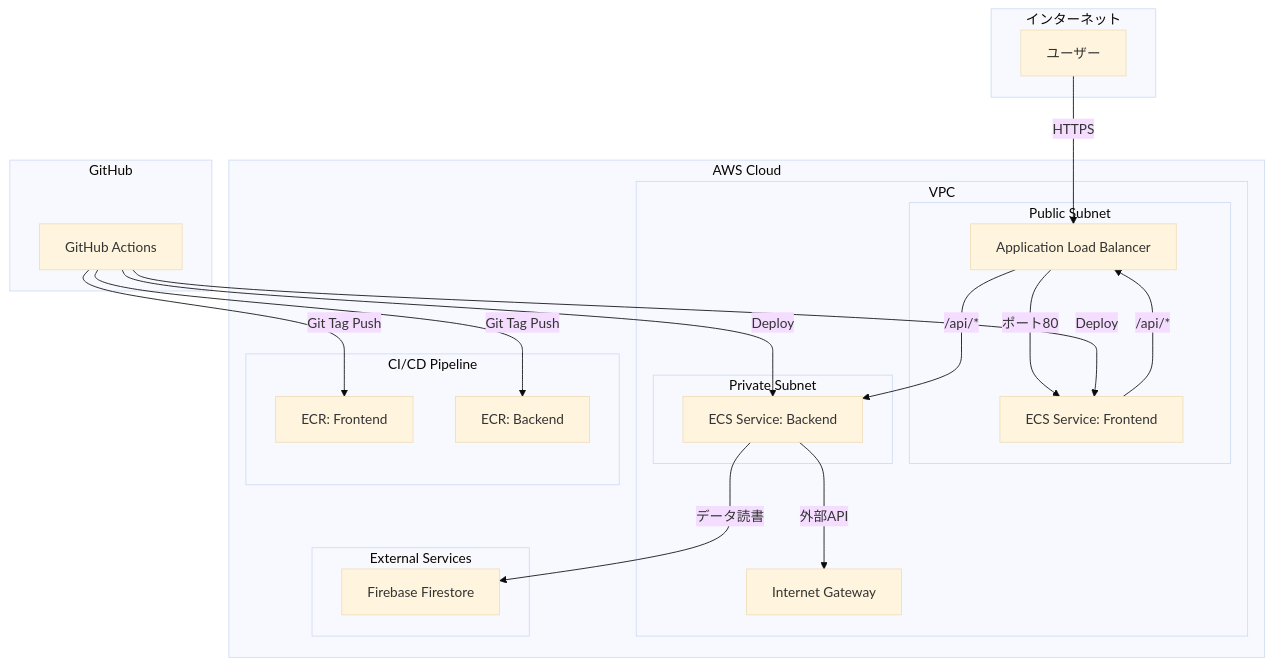
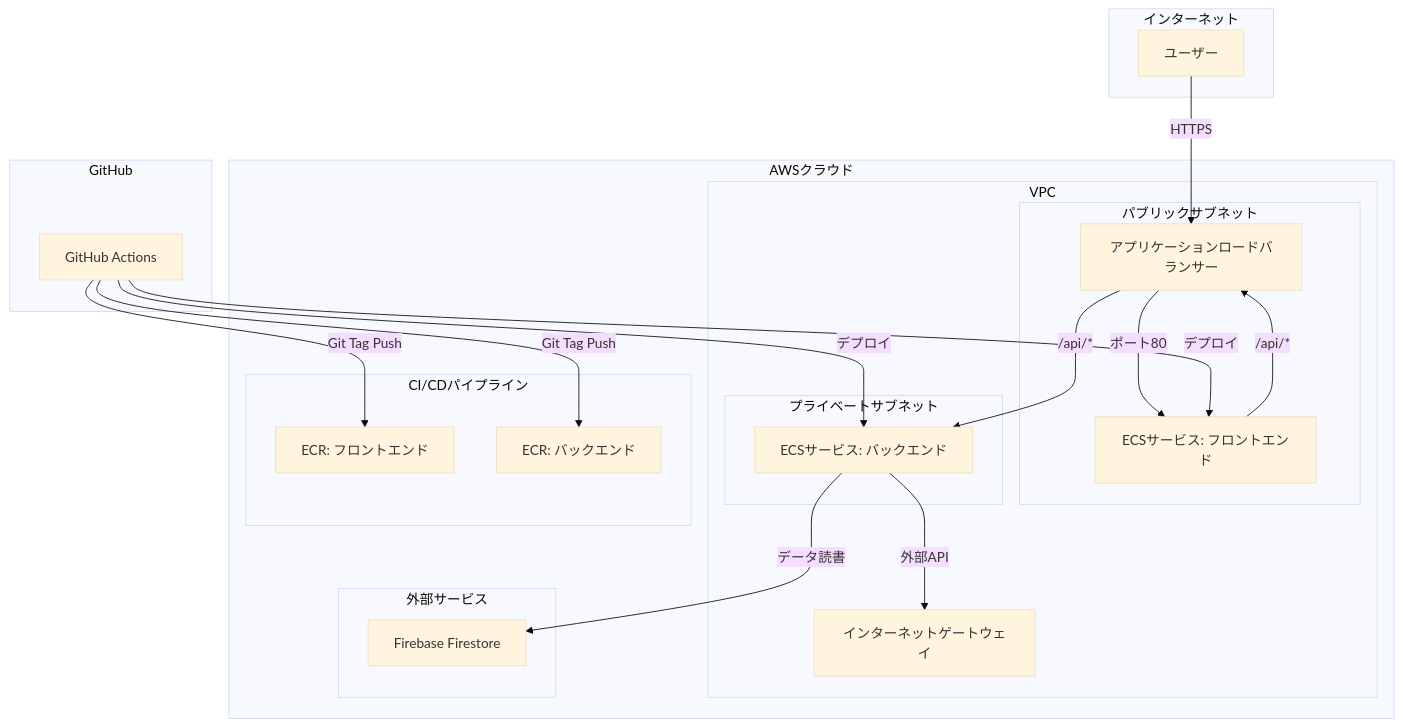
Before and after one commit to kaz-mathui/LifePlan: the diagram in docs/infra.mmd, drawn with Mermaid (base theme). The commit also changed 11 other files, not shown here.

```diff
--- a/docs/infra.mmd
+++ b/docs/infra.mmd
@@ -1,43 +1,43 @@
 graph TD
     subgraph "インターネット"
         User[ユーザー]
     end
 
-    subgraph "AWS Cloud"
+    subgraph "AWSクラウド"
         subgraph "VPC"
-            ALB[Application Load Balancer]
+            ALB[アプリケーションロードバランサー]
 
-            subgraph "Public Subnet"
+            subgraph "パブリックサブネット"
                 ALB -- ポート80 --> FE_Service
             end
             
-            subgraph "Private Subnet"
-                FE_Service[ECS Service: Frontend]
-                BE_Service[ECS Service: Backend]
+            subgraph "プライベートサブネット"
+                FE_Service[ECSサービス: フロントエンド]
+                BE_Service[ECSサービス: バックエンド]
             end
 
             FE_Service -- "/api/*" --> ALB
             ALB -- "/api/*" --> BE_Service
-            BE_Service -- 外部API --> IGW[Internet Gateway]
+            BE_Service -- 外部API --> IGW[インターネットゲートウェイ]
         end
         
-        subgraph "CI/CD Pipeline"
-            ECR_FE[ECR: Frontend]
-            ECR_BE[ECR: Backend]
+        subgraph "CI/CDパイプライン"
+            ECR_FE[ECR: フロントエンド]
+            ECR_BE[ECR: バックエンド]
         end
 
-        subgraph "External Services"
+        subgraph "外部サービス"
             Firebase[Firebase Firestore]
         end
     end
 
     subgraph "GitHub"
         GHA[GitHub Actions]
     end
 
     User -- HTTPS --> ALB
     BE_Service -- データ読書 --> Firebase
     
-    GHA -- Git Tag Push --> ECR_FE
-    GHA -- Git Tag Push --> ECR_BE
-    GHA -- Deploy --> FE_Service & BE_Service 
+    GHA -- "Git Tag Push" --> ECR_FE
+    GHA -- "Git Tag Push" --> ECR_BE
+    GHA -- "デプロイ" --> FE_Service & BE_Service 
```
